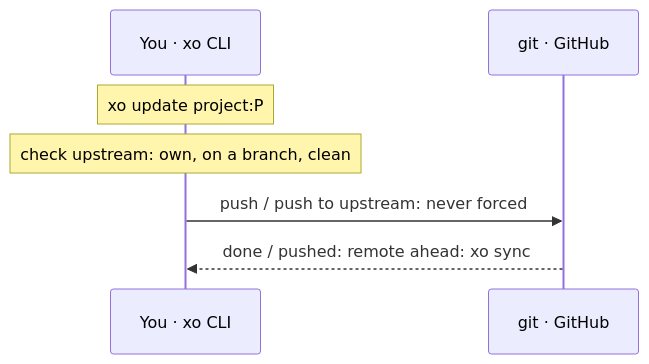
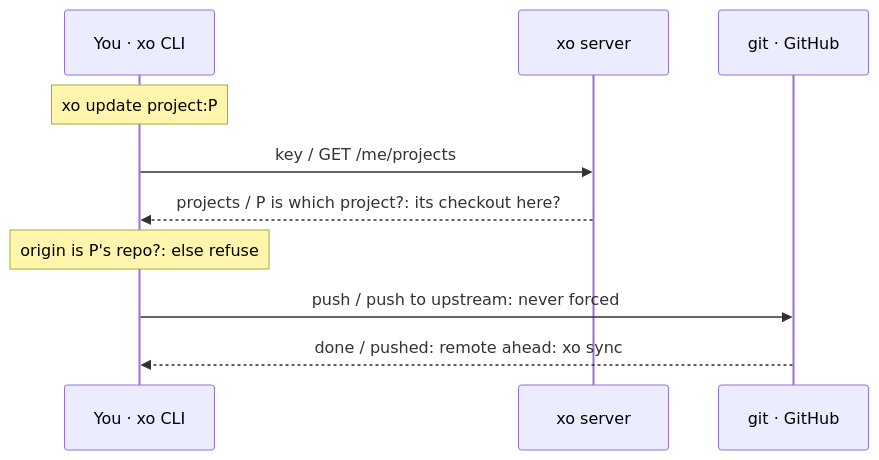
One commit to quirq-ai/xo changed diagram 23 of 31 in docs/architecture.md. Above: the diagram before and after it, drawn with Mermaid. The commit also changed other lines of this file and 11 other files, not shown here.

````diff
--- a/docs/architecture.md
+++ b/docs/architecture.md
@@ -476,9 +503,12 @@
 ```mermaid
 sequenceDiagram
   participant Cli as You · xo CLI
+  participant Srv as xo server
   participant Git as git · GitHub
   Note over Cli: xo update project:P
-  Note over Cli: check upstream: own, on a branch, clean
+  Cli->>Srv: key / GET /me/projects
+  Srv-->>Cli: projects / P is which project?: its checkout here?
+  Note over Cli: origin is P's repo?: else refuse
   Cli->>Git: push / push to upstream: never forced
   Git-->>Cli: done / pushed: remote ahead: xo sync
 ```
````
